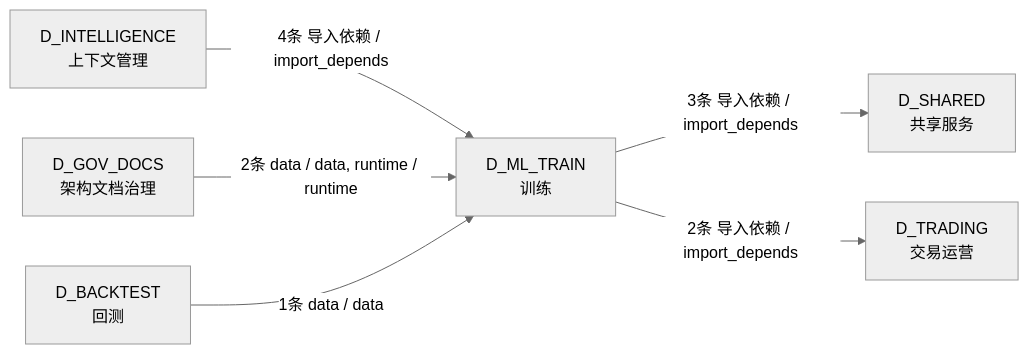
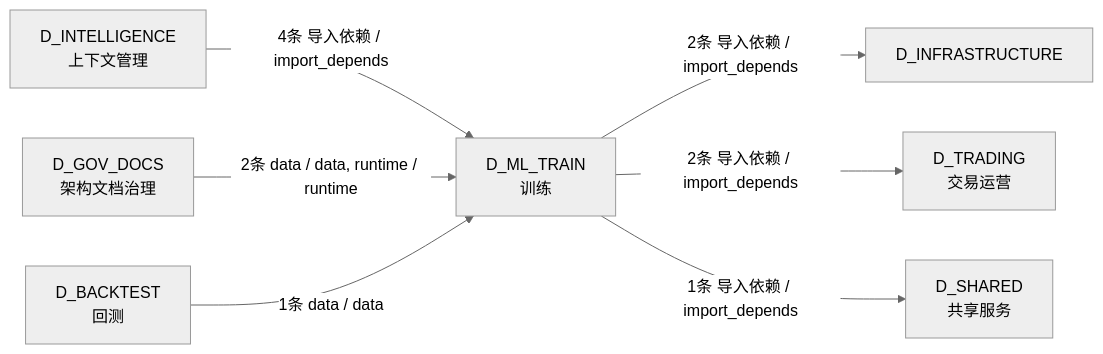
One commit to xuanFelixVan/ZephyrAlpha changed the fourth of 4 diagrams in docs/02_enterprise_architecture/02_domain_architecture_docs/50_d_ml_train.md. Above: the diagram before and after it, drawn with Mermaid (neutral theme). The commit also changed other lines of this file and 98 other files, not shown here.

````diff
--- a/docs/02_enterprise_architecture/02_domain_architecture_docs/50_d_ml_train.md
+++ b/docs/02_enterprise_architecture/02_domain_architecture_docs/50_d_ml_train.md
@@ -193,14 +195,16 @@
 ```mermaid
 graph LR
     D_ML_TRAIN["D_ML_TRAIN<br/>训练"]
+    D_INFRASTRUCTURE["D_INFRASTRUCTURE"]
+    D_TRADING["D_TRADING<br/>交易运营"]
     D_SHARED["D_SHARED<br/>共享服务"]
-    D_TRADING["D_TRADING<br/>交易运营"]
     D_INTELLIGENCE["D_INTELLIGENCE<br/>上下文管理"]
     D_GOV_DOCS["D_GOV_DOCS<br/>架构文档治理"]
     D_BACKTEST["D_BACKTEST<br/>回测"]
-    D_ML_TRAIN -->|3条 导入依赖 / import_depends| D_SHARED
+    D_ML_TRAIN -->|2条 导入依赖 / import_depends| D_INFRASTRUCTURE
     D_ML_TRAIN -->|2条 导入依赖 / import_depends| D_TRADING
+    D_ML_TRAIN -->|1条 导入依赖 / import_depends| D_SHARED
     D_INTELLIGENCE -->|4条 导入依赖 / import_depends| D_ML_TRAIN
     D_GOV_DOCS -->|2条 data / data, runtime / runtime| D_ML_TRAIN
     D_BACKTEST -->|1条 data / data| D_ML_TRAIN
 ```
````
